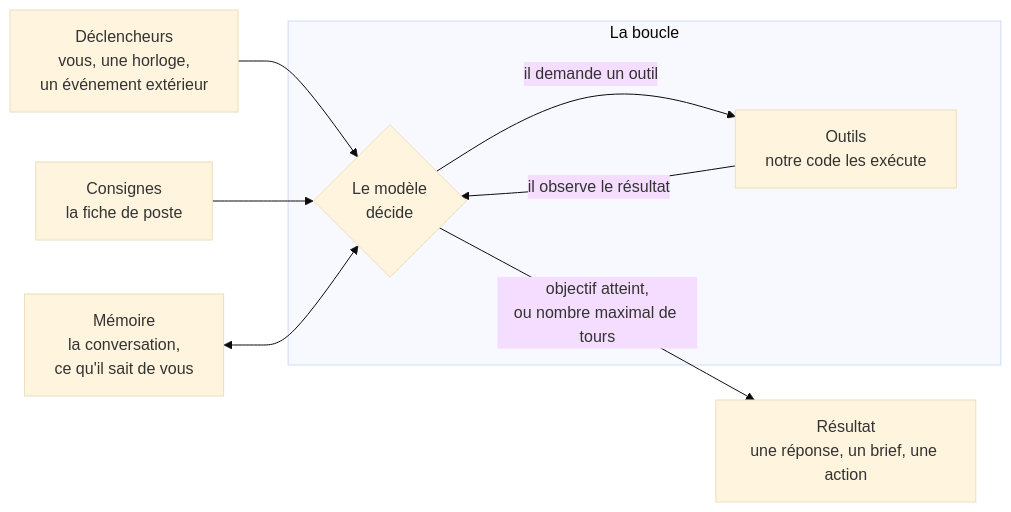
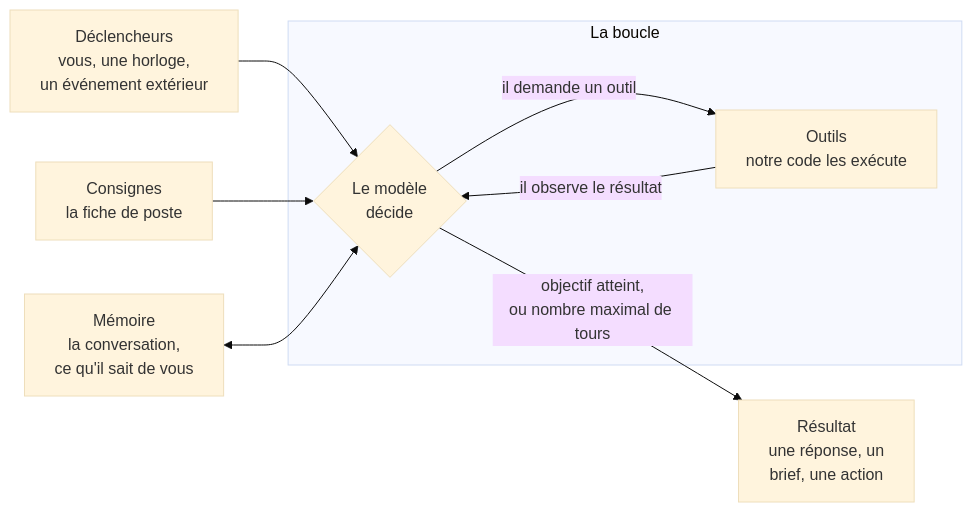
One commit to lecinquiemejour-code/goodvibe-tuto changed the first of 4 diagrams in README.md. Above: the diagram before and after it, drawn with Mermaid (base theme). The commit also changed other lines of this file and 1 other file, not shown here.

First line of the commit message:
fix(tuto, readme): lignes des boîtes redécoupées dans tous les diagrammes, pour ne plus être coupées sur GitHub

````diff
--- a/README.md
+++ b/README.md
@@ -22,12 +22,12 @@
 ```mermaid
 flowchart LR
     DEC["Déclencheurs<br/>vous, une horloge,<br/>un événement extérieur"] --> M
     CON["Consignes<br/>la fiche de poste"] --> M
     MEM["Mémoire<br/>la conversation,<br/>ce qu'il sait de vous"] <--> M
     subgraph B["La boucle"]
         M{"Le modèle<br/>décide"}
         M -- "il demande un outil" --> O["Outils<br/>notre code les exécute"]
         O -- "il observe le résultat" --> M
     end
-    M -- "objectif atteint,<br/>ou nombre maximal de tours" --> R["Résultat<br/>une réponse, un brief, une action"]
+    M -- "objectif atteint,<br/>ou nombre maximal de tours" --> R["Résultat<br/>une réponse, un<br/>brief, une action"]
 ```
````
